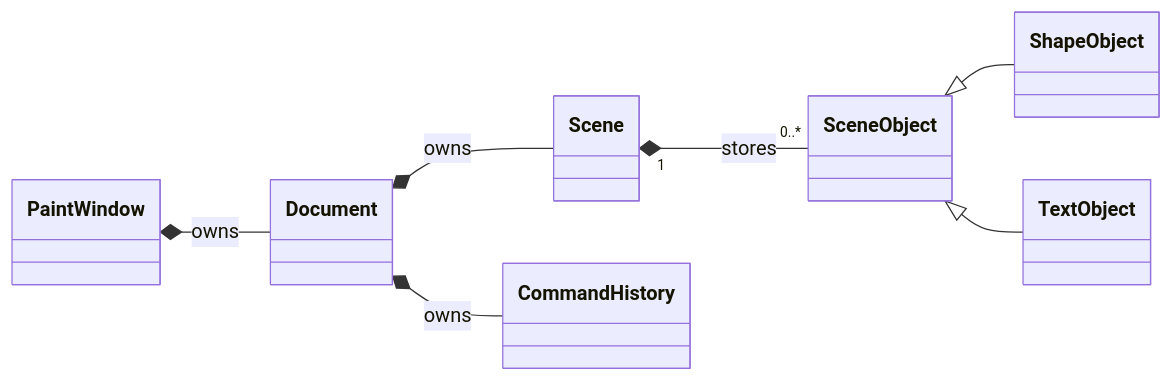
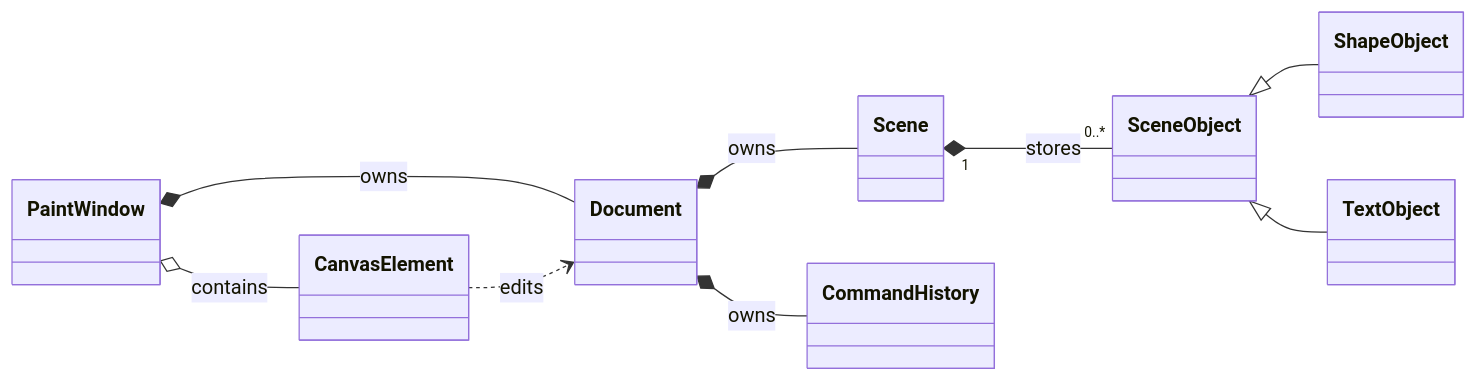
Before and after one commit to YuanOwO/CG-hw1-paint: the diagram in docs/figures-src/ch03-document-classes.mmd, drawn with Mermaid. The commit also changed 16 other files, not shown here.

```diff
--- a/docs/figures-src/ch03-document-classes.mmd
+++ b/docs/figures-src/ch03-document-classes.mmd
@@ -1,11 +1,15 @@
 classDiagram
     direction LR
 
     PaintWindow *-- Document : owns
+    PaintWindow o-- CanvasElement : contains
+
     Document *-- Scene : owns
     Document *-- CommandHistory : owns
+
+    CanvasElement ..> Document : edits
 
     Scene "1" *-- "0..*" SceneObject : stores
 
     SceneObject <|-- ShapeObject
     SceneObject <|-- TextObject
```
